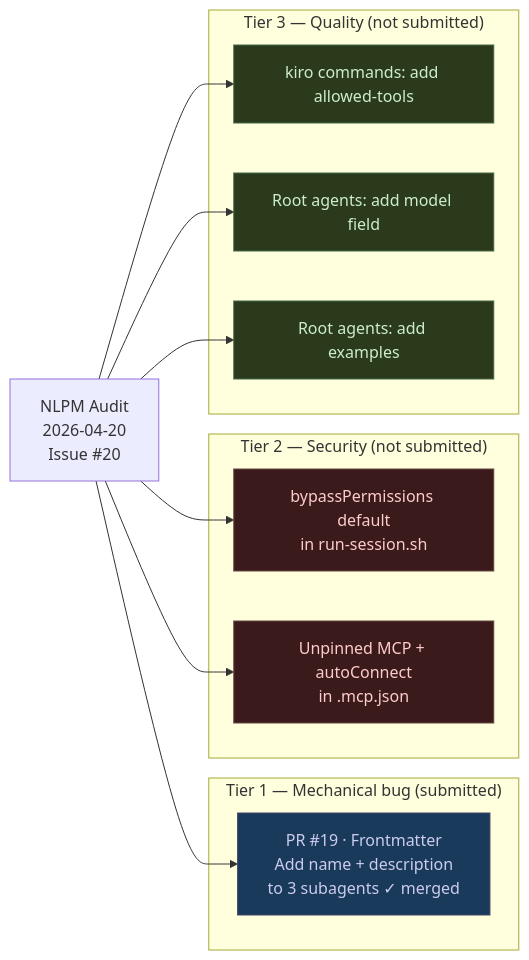
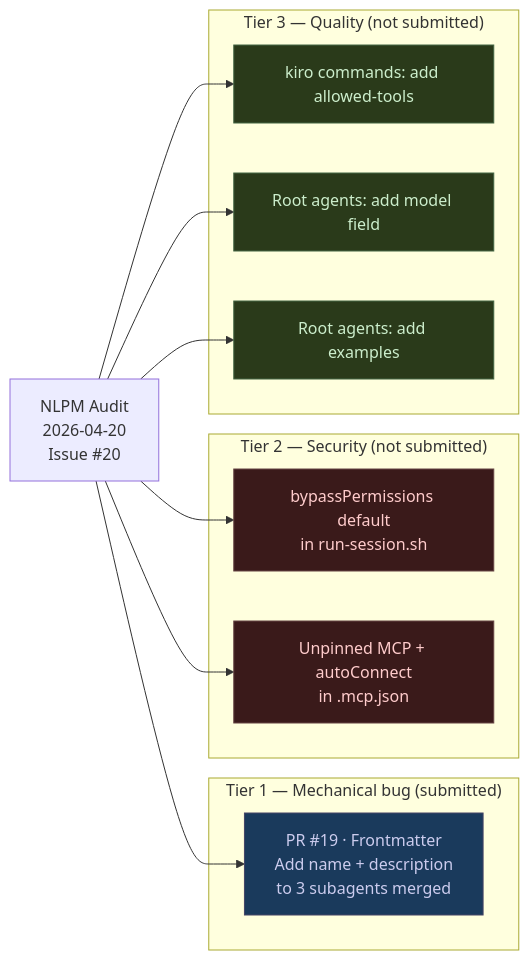
The second of 3 diagrams in case-studies/2026-04-25-feiskyer-claude-code-settings.md (xiaolai/nlpm), drawn with Mermaid before and after one commit. The commit also changed 9 other files, not shown here.

````diff
--- a/case-studies/2026-04-25-feiskyer-claude-code-settings.md
+++ b/case-studies/2026-04-25-feiskyer-claude-code-settings.md
@@ -74,29 +74,29 @@
 ```mermaid
 graph LR
   classDef bugfix fill:#1a3a5c,color:#cce,stroke:#446
   classDef security fill:#3a1a1a,color:#fcc,stroke:#644
   classDef quality fill:#2a3a1a,color:#cec,stroke:#464
 
   Audit["NLPM Audit\n2026-04-20\nIssue #20"] --> PR19
 
   subgraph Bug["Tier 1 — Mechanical bug (submitted)"]
-    PR19["PR #19 · Frontmatter\nAdd name + description\nto 3 subagents ✓ merged"]:::bugfix
+    PR19["PR #19 · Frontmatter\nAdd name + description\nto 3 subagents merged"]:::bugfix
   end
 
   subgraph Security["Tier 2 — Security (not submitted)"]
     S1["bypassPermissions default\nin run-session.sh"]:::security
     S2["Unpinned MCP + autoConnect\nin .mcp.json"]:::security
   end
 
   subgraph Quality["Tier 3 — Quality (not submitted)"]
     Q1["kiro commands: add allowed-tools"]:::quality
     Q2["Root agents: add model field"]:::quality
     Q3["Root agents: add examples"]:::quality
   end
 
   Audit --> S1
   Audit --> S2
   Audit --> Q1
   Audit --> Q2
   Audit --> Q3
 ```
````
